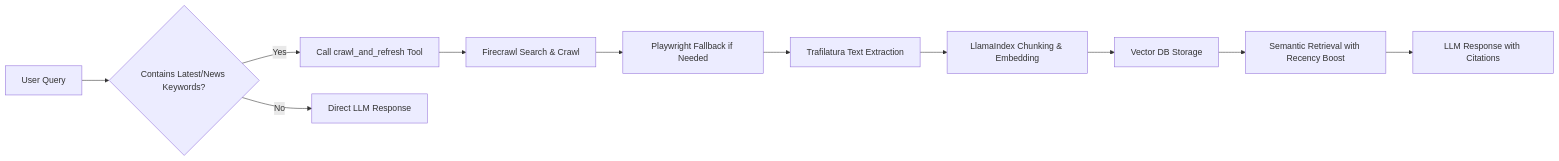
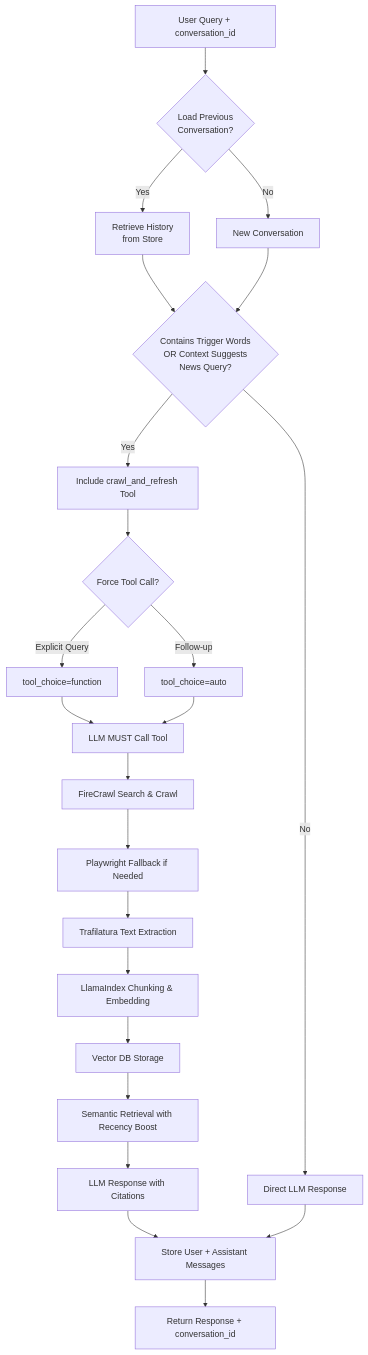
The diagram in README.md (shushenglihotmail/LLMCrawl), drawn with Mermaid before and after one commit. The commit also changed other lines of this file and 18 other files, not shown here.

Commit message:
feat: add conversation memory and intelligent tool calling

````diff
--- a/README.md
+++ b/README.md
@@ -16,13 +16,25 @@
 ```mermaid
-graph LR
-    A[User Query] --> B{Contains Latest/News Keywords?}
-    B -->|Yes| C[Call crawl_and_refresh Tool]
-    B -->|No| D[Direct LLM Response]
-    C --> E[Firecrawl Search & Crawl]
-    E --> F[Playwright Fallback if Needed]
-    F --> G[Trafilatura Text Extraction]
-    G --> H[LlamaIndex Chunking & Embedding]
-    H --> I[Vector DB Storage]
-    I --> J[Semantic Retrieval with Recency Boost]
-    J --> K[LLM Response with Citations]
+graph TB
+    A[User Query + conversation_id] --> B{Load Previous<br/>Conversation?}
+    B -->|Yes| C[Retrieve History<br/>from Store]
+    B -->|No| D[New Conversation]
+    C --> E{Contains Trigger Words<br/>OR Context Suggests<br/>News Query?}
+    D --> E
+    E -->|Yes| F[Include crawl_and_refresh Tool]
+    E -->|No| G[Direct LLM Response]
+    F --> H{Force Tool Call?}
+    H -->|Explicit Query| I[tool_choice=function]
+    H -->|Follow-up| J[tool_choice=auto]
+    I --> K[LLM MUST Call Tool]
+    J --> K
+    K --> L[FireCrawl Search & Crawl]
+    L --> M[Playwright Fallback if Needed]
+    M --> N[Trafilatura Text Extraction]
+    N --> O[LlamaIndex Chunking & Embedding]
+    O --> P[Vector DB Storage]
+    P --> Q[Semantic Retrieval with Recency Boost]
+    Q --> R[LLM Response with Citations]
+    R --> S[Store User + Assistant Messages]
+    S --> T[Return Response + conversation_id]
+    G --> S
 ```
````
